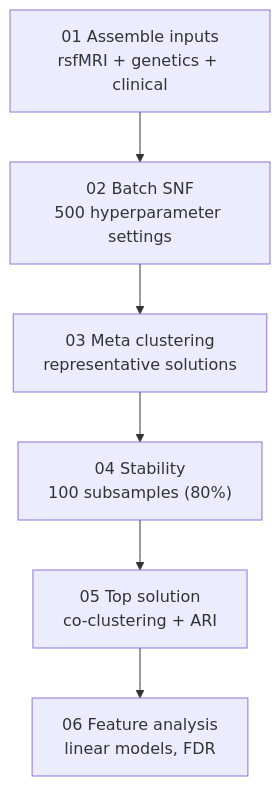
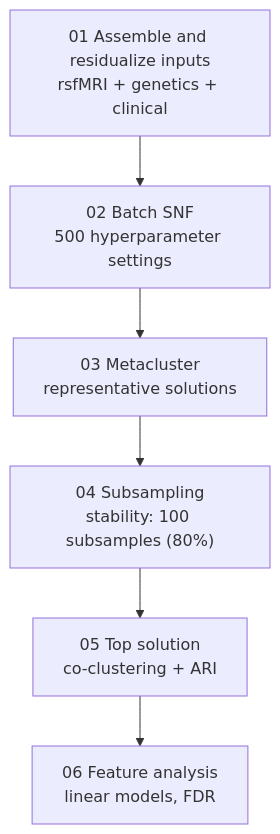
The diagram in README.md (cretika-neuro/snf-subtyping), drawn with Mermaid before and after one commit. The commit also changed other lines of this file, not shown here.

````diff
--- a/README.md
+++ b/README.md
@@ -18,8 +18,8 @@
 ```mermaid
 flowchart TD
-    A["01 Assemble inputs<br/>rsfMRI + genetics + clinical"] --> B["02 Batch SNF<br/>500 hyperparameter settings"]
-    B --> C["03 Meta clustering<br/>representative solutions"]
-    C --> D["04 Stability<br/>100 subsamples (80%)"]
+    A["01 Assemble and residualize inputs<br/>rsfMRI + genetics + clinical"] --> B["02 Batch SNF<br/>500 hyperparameter settings"]
+    B --> C["03 Metacluster<br/>representative solutions"]
+    C --> D["04 Subsampling<br/>stability: 100 subsamples (80%)"]
     D --> E["05 Top solution<br/>co-clustering + ARI"]
     E --> F["06 Feature analysis<br/>linear models, FDR"]
 ```
````
